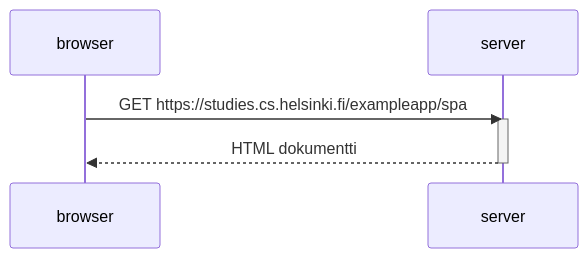
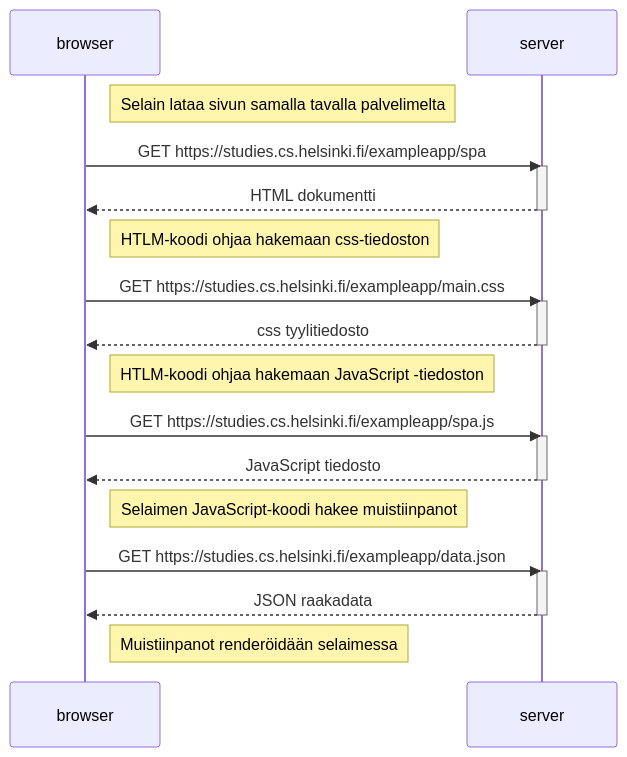
One commit to jessicaevelin7/palautusrepositorio changed the diagram in osa0/SinglePageApp_0_5.md. Above: the diagram before and after it, drawn with Mermaid.

````diff
--- a/osa0/SinglePageApp_0_5.md
+++ b/osa0/SinglePageApp_0_5.md
@@ -1,11 +1,30 @@
 ``` mermaid
 sequenceDiagram
     participant browser
     participant server
 
- browser->>server: GET https://studies.cs.helsinki.fi/exampleapp/spa
+    Note right of browser: Selain lataa sivun samalla tavalla palvelimelta
+    browser->>server: GET https://studies.cs.helsinki.fi/exampleapp/spa
     activate server
     server-->>browser: HTML dokumentti
     deactivate server
 
+    Note right of browser: HTLM-koodi ohjaa hakemaan css-tiedoston
+    browser->>server: GET https://studies.cs.helsinki.fi/exampleapp/main.css
+    activate server
+    server-->>browser: css tyylitiedosto
+    deactivate server
+
+    Note right of browser: HTLM-koodi ohjaa hakemaan JavaScript -tiedoston
+    browser->>server: GET https://studies.cs.helsinki.fi/exampleapp/spa.js
+    activate server
+    server-->>browser: JavaScript tiedosto
+    deactivate server
+
+    Note right of browser: Selaimen JavaScript-koodi hakee muistiinpanot 
+    browser->>server: GET https://studies.cs.helsinki.fi/exampleapp/data.json
+    activate server
+    server-->>browser: JSON raakadata
+    deactivate server
+    Note right of browser: Muistiinpanot renderöidään selaimessa
 ```
````
